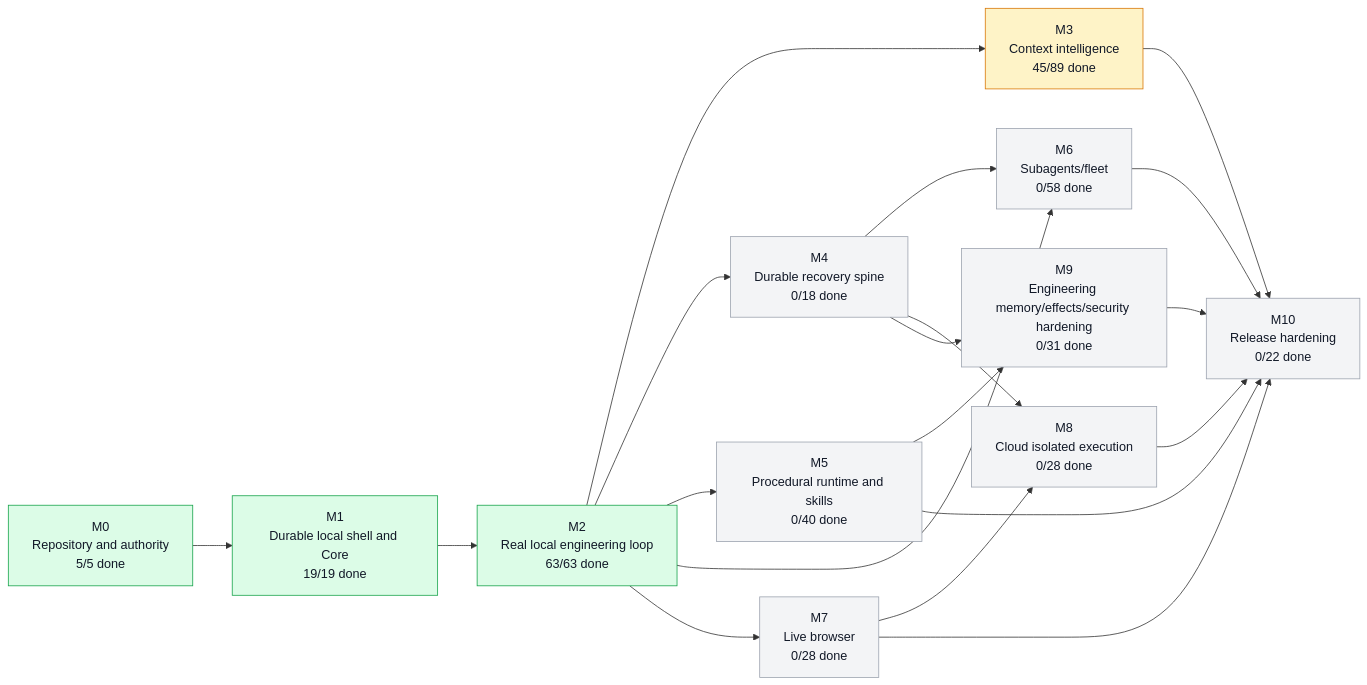
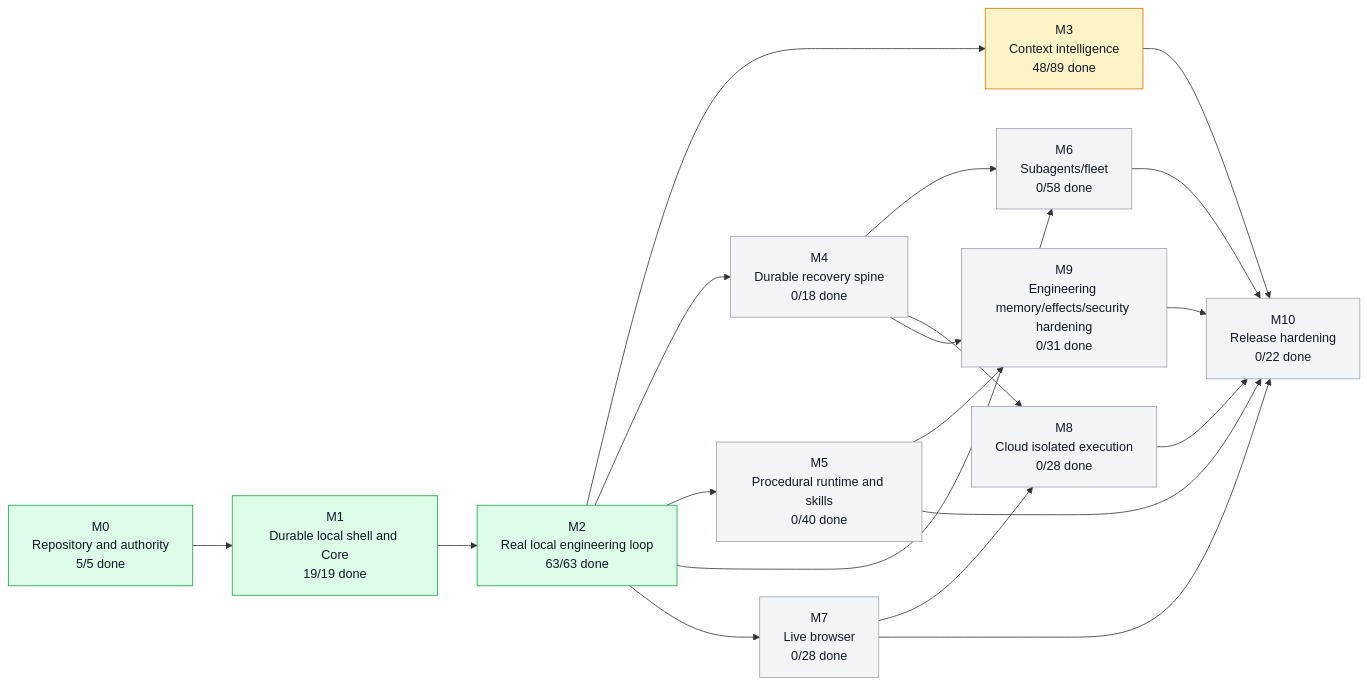
One commit to moss101/modbit changed the first of 5 diagrams in graph/PROJECT_GRAPH.md. Above: the diagram before and after it, drawn with Mermaid. The commit also changed other lines of this file and 16 other files, not shown here.

````diff
--- a/graph/PROJECT_GRAPH.md
+++ b/graph/PROJECT_GRAPH.md
@@ -57,43 +57,43 @@
 ```mermaid
 flowchart LR
   M0["M0<br/>Repository and authority<br/>5/5 done"]
   M1["M1<br/>Durable local shell and Core<br/>19/19 done"]
   M2["M2<br/>Real local engineering loop<br/>63/63 done"]
-  M3["M3<br/>Context intelligence<br/>45/89 done"]
+  M3["M3<br/>Context intelligence<br/>48/89 done"]
   M4["M4<br/>Durable recovery spine<br/>0/18 done"]
   M5["M5<br/>Procedural runtime and skills<br/>0/40 done"]
   M6["M6<br/>Subagents/fleet<br/>0/58 done"]
   M7["M7<br/>Live browser<br/>0/28 done"]
   M8["M8<br/>Cloud isolated execution<br/>0/28 done"]
   M9["M9<br/>Engineering memory/effects/security hardening<br/>0/31 done"]
   M10["M10<br/>Release hardening<br/>0/22 done"]
   M0 --> M1
   M1 --> M2
   M2 --> M3
   M2 --> M4
   M2 --> M5
   M2 --> M6
   M4 --> M6
   M2 --> M7
   M4 --> M8
   M7 --> M8
   M4 --> M9
   M5 --> M9
   M3 --> M10
   M5 --> M10
   M6 --> M10
   M7 --> M10
   M8 --> M10
   M9 --> M10
   style M0 fill:#dcfce7,stroke:#16a34a,color:#111827
   style M1 fill:#dcfce7,stroke:#16a34a,color:#111827
   style M2 fill:#dcfce7,stroke:#16a34a,color:#111827
   style M3 fill:#fef3c7,stroke:#d97706,color:#111827
   style M4 fill:#f3f4f6,stroke:#9ca3af,color:#111827
   style M5 fill:#f3f4f6,stroke:#9ca3af,color:#111827
   style M6 fill:#f3f4f6,stroke:#9ca3af,color:#111827
   style M7 fill:#f3f4f6,stroke:#9ca3af,color:#111827
   style M8 fill:#f3f4f6,stroke:#9ca3af,color:#111827
   style M9 fill:#f3f4f6,stroke:#9ca3af,color:#111827
   style M10 fill:#f3f4f6,stroke:#9ca3af,color:#111827
 ```
````
